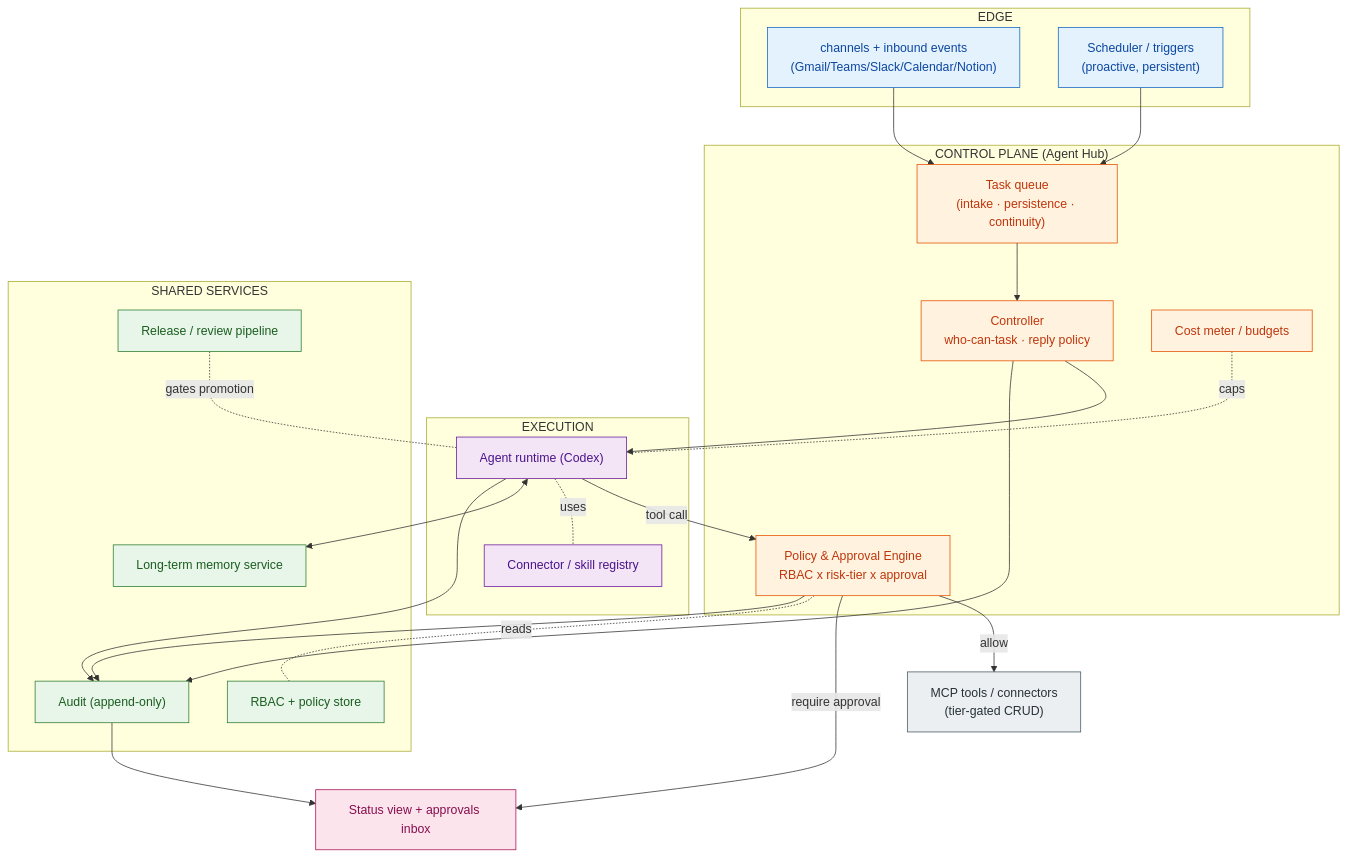
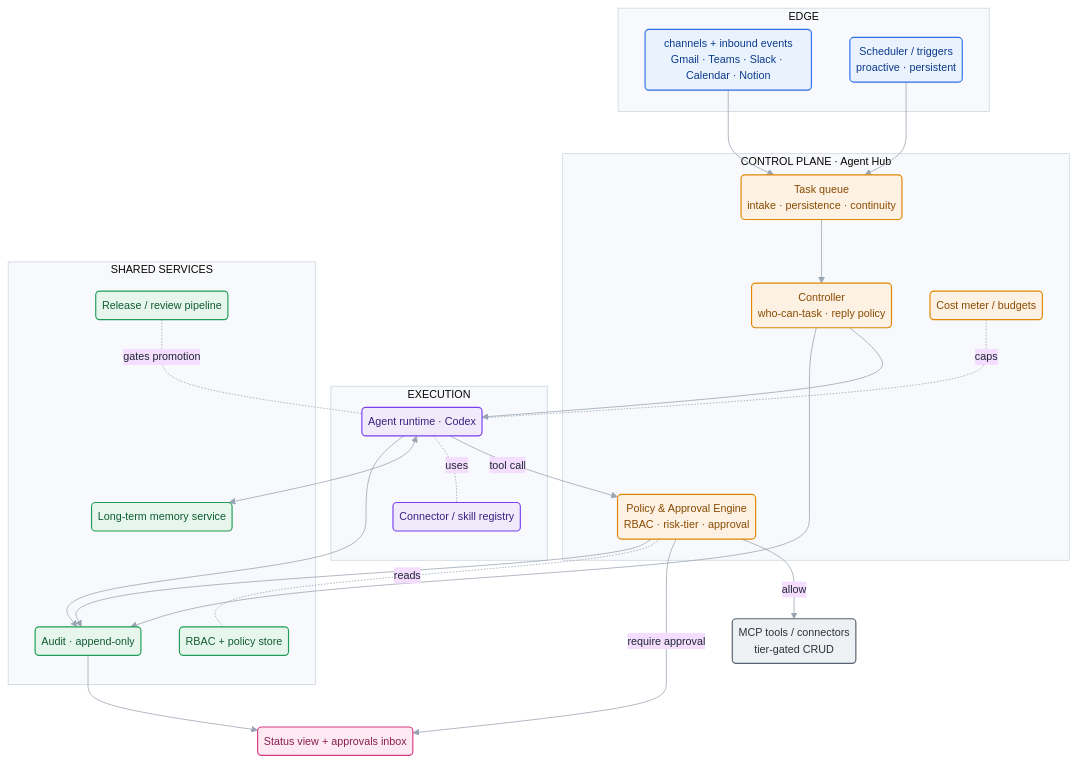
The second of 3 diagrams in docs/roadmap.md (vic4code/digital-colleague-prototype), drawn with Mermaid before and after one commit. The commit also changed other lines of this file and 1 other file, not shown here.

First line of the commit message:
docs: restyle roadmap and governance diagrams with a cohesive theme

````diff
--- a/docs/roadmap.md
+++ b/docs/roadmap.md
@@ -133,46 +131,47 @@
 ```mermaid
+%%{init: {'theme':'base','themeVariables':{'fontFamily':'ui-sans-serif, Segoe UI, Roboto, Helvetica, Arial','fontSize':'14px','lineColor':'#9aa4b2','primaryTextColor':'#1f2733','clusterBkg':'#f7f9fc','clusterBorder':'#cdd5e0'},'flowchart':{'curve':'basis','nodeSpacing':50,'rankSpacing':55,'padding':8}}}%%
 flowchart TB
     subgraph Edge["EDGE"]
-        CH["channels + inbound events<br/>(Gmail/Teams/Slack/Calendar/Notion)"]:::edge
-        SCH["Scheduler / triggers<br/>(proactive, persistent)"]:::edge
+        CH("channels + inbound events<br/>Gmail · Teams · Slack · Calendar · Notion"):::edge
+        SCH("Scheduler / triggers<br/>proactive · persistent"):::edge
     end
 
-    subgraph CP["CONTROL PLANE (Agent Hub)"]
-        Q["Task queue<br/>(intake · persistence · continuity)"]:::ctl
-        CTRL["Controller<br/>who-can-task · reply policy"]:::ctl
-        POLENG["Policy & Approval Engine<br/>RBAC x risk-tier x approval"]:::ctl
-        COST["Cost meter / budgets"]:::ctl
+    subgraph CP["CONTROL PLANE · Agent Hub"]
+        Q("Task queue<br/>intake · persistence · continuity"):::ctl
+        CTRL("Controller<br/>who-can-task · reply policy"):::ctl
+        POLENG("Policy &amp; Approval Engine<br/>RBAC · risk-tier · approval"):::ctl
+        COST("Cost meter / budgets"):::ctl
     end
 
     subgraph EX["EXECUTION"]
-        RT["Agent runtime (Codex)"]:::exec
-        REG["Connector / skill registry"]:::exec
+        RT("Agent runtime · Codex"):::exec
+        REG("Connector / skill registry"):::exec
     end
 
     subgraph SVC["SHARED SERVICES"]
-        MEM["Long-term memory service"]:::id
-        RBAC["RBAC + policy store"]:::id
-        AUD["Audit (append-only)"]:::id
-        REL["Release / review pipeline"]:::id
+        MEM("Long-term memory service"):::id
+        RBAC("RBAC + policy store"):::id
+        AUD("Audit · append-only"):::id
+        REL("Release / review pipeline"):::id
     end
 
-    TOOLS["MCP tools / connectors<br/>(tier-gated CRUD)"]:::tool
-    VIEW["Status view + approvals inbox"]:::view
+    TOOLS("MCP tools / connectors<br/>tier-gated CRUD"):::tool
+    VIEW("Status view + approvals inbox"):::view
 
     CH & SCH --> Q --> CTRL --> RT
     RT -->|tool call| POLENG -->|allow| TOOLS
     POLENG -->|require approval| VIEW
     POLENG -. reads .- RBAC
     RT -. uses .- REG
     RT <--> MEM
     CTRL & POLENG & RT --> AUD --> VIEW
     COST -. caps .- RT
     REL -. gates promotion .- RT
 
-    classDef edge fill:#e3f2fd,stroke:#1565c0,color:#0d47a1;
-    classDef ctl fill:#fff3e0,stroke:#e65100,color:#bf360c;
-    classDef exec fill:#f3e5f5,stroke:#6a1b9a,color:#4a148c;
-    classDef id fill:#e8f5e9,stroke:#2e7d32,color:#1b5e20;
-    classDef tool fill:#eceff1,stroke:#455a64,color:#263238;
-    classDef view fill:#fce4ec,stroke:#ad1457,color:#880e4f;
+    classDef edge fill:#eaf2fd,stroke:#2f6fed,stroke-width:1.5px,color:#0b3b8c;
+    classDef ctl fill:#fdf1e3,stroke:#e08600,stroke-width:1.5px,color:#8a4b00;
+    classDef exec fill:#f1eafb,stroke:#7a3ff2,stroke-width:1.5px,color:#3d1f80;
+    classDef id fill:#e7f6ec,stroke:#1f9d57,stroke-width:1.5px,color:#0f5c31;
+    classDef tool fill:#eef1f4,stroke:#556270,stroke-width:1.5px,color:#2b333d;
+    classDef view fill:#fce9f1,stroke:#d93b84,stroke-width:1.5px,color:#8a1f52;
 ```
````
